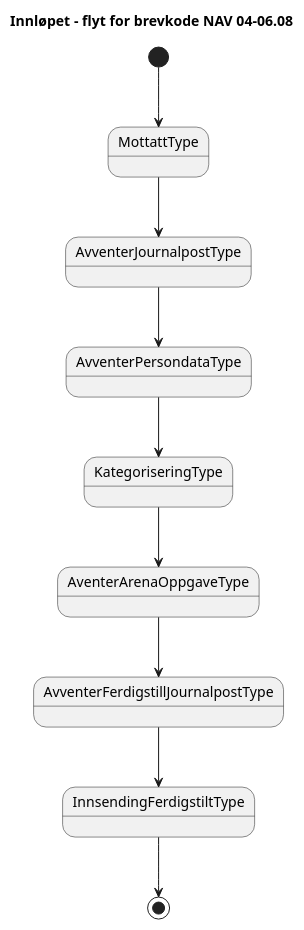
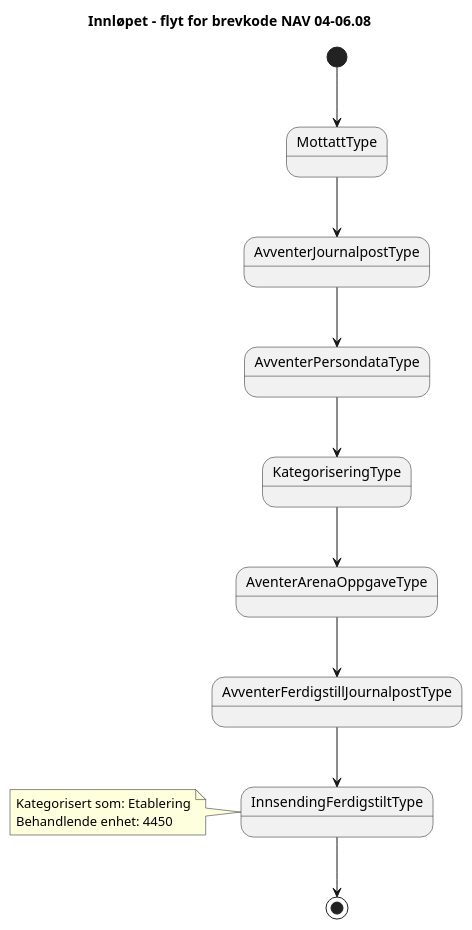
Before and after one commit to navikt/dp-mottak: the diagram in docs/arkitektur/tilstander/NAV 04-06.08.approved.puml, drawn with PlantUML. The commit also changed 17 other files, not shown here.

```diff
--- a/docs/arkitektur/tilstander/NAV 04-06.08.approved.puml
+++ b/docs/arkitektur/tilstander/NAV 04-06.08.approved.puml
@@ -1,13 +1,17 @@
 @startuml
 title 
 Innløpet – flyt for brevkode NAV 04-06.08
 end title           
-[*]-->MottattType 
+[*]-->MottattType
 MottattType --> AvventerJournalpostType
 AvventerJournalpostType --> AvventerPersondataType
 AvventerPersondataType --> KategoriseringType
 KategoriseringType --> AventerArenaOppgaveType
 AventerArenaOppgaveType --> AvventerFerdigstillJournalpostType
 AvventerFerdigstillJournalpostType --> InnsendingFerdigstiltType
 InnsendingFerdigstiltType--> [*]
+note left of InnsendingFerdigstiltType
+Kategorisert som: Etablering
+Behandlende enhet: 4450  
+end note
 @enduml
```
